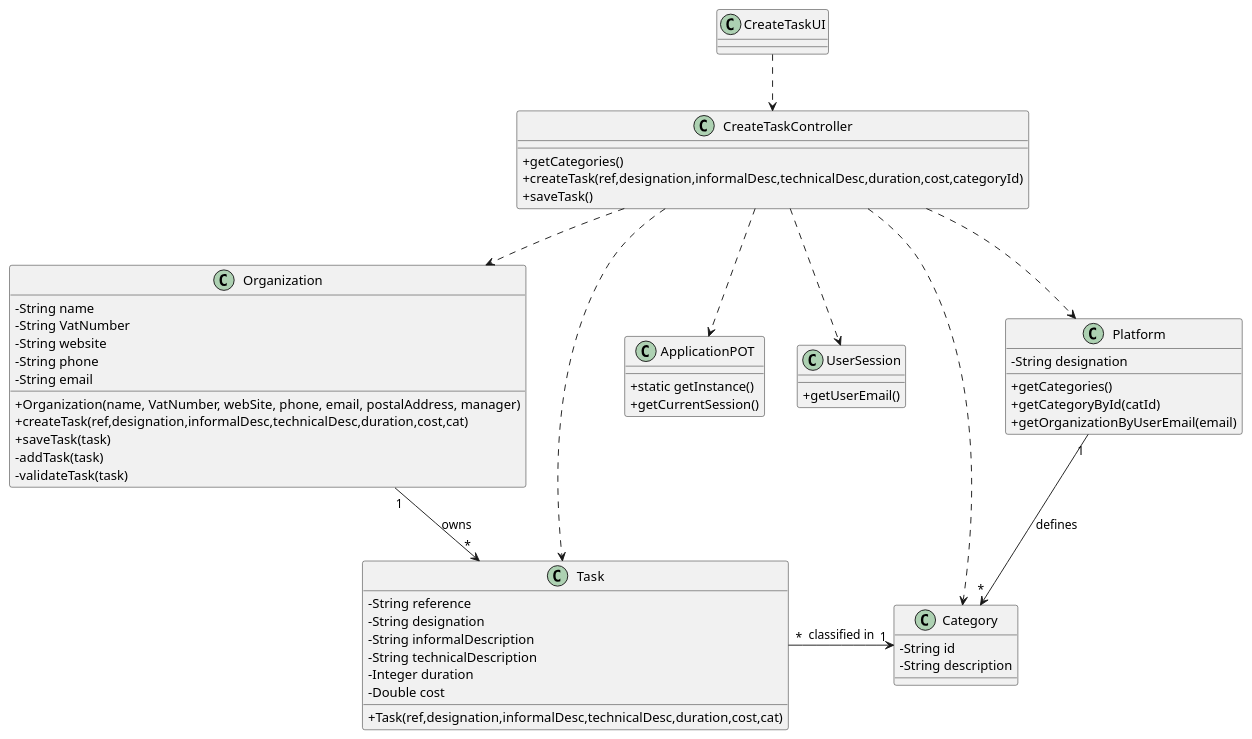
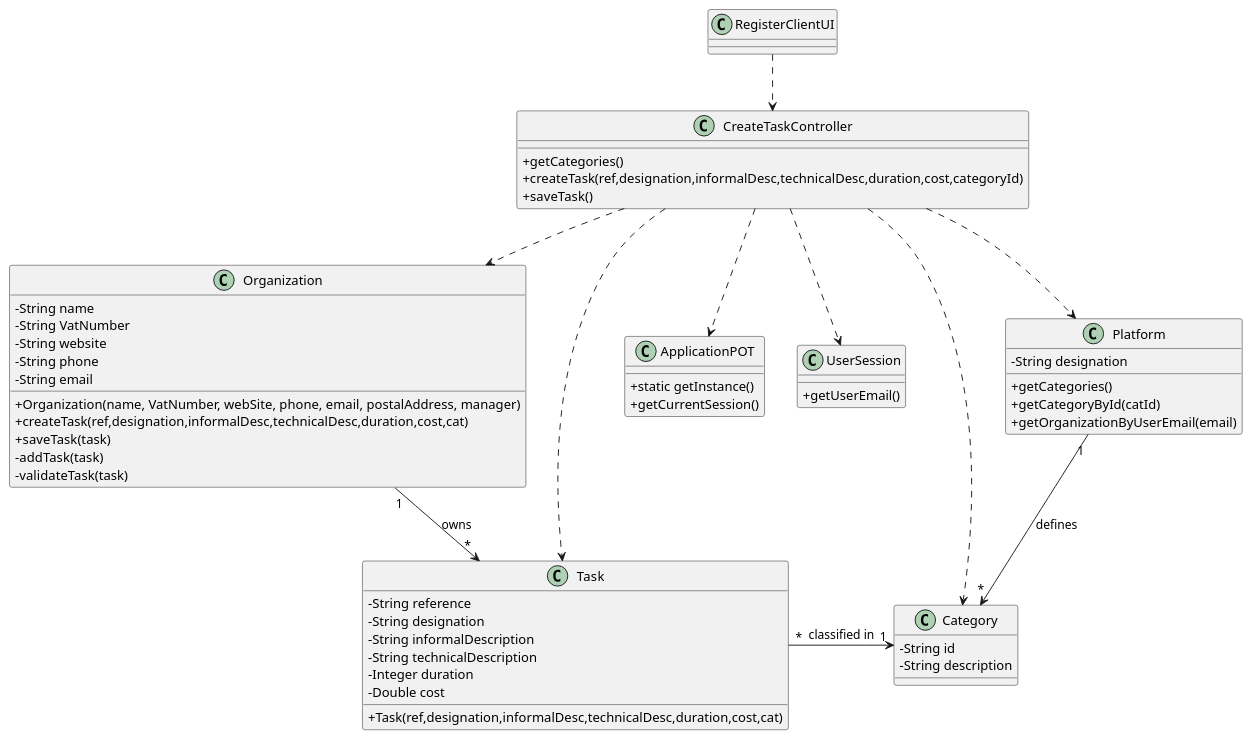
Before and after one commit to manu-07-ela/LAPR2_ISEP: the diagram in docs/SprintB/US03/US3_CD.puml, drawn with PlantUML. The commit also changed 1 other file, not shown here.

```diff
--- a/docs/SprintB/US03/US3_CD.puml
+++ b/docs/SprintB/US03/US3_CD.puml
@@ -1,72 +1,72 @@
 @startuml
 skinparam classAttributeIconSize 0
 
 class ApplicationPOT
 {
   +static getInstance()
   +getCurrentSession()
 }
 
 class UserSession
 {
   +getUserEmail()
 }
 
 class Task {
   -String reference
   -String designation
   -String informalDescription
   -String technicalDescription
   -Integer duration
   -Double cost
   +Task(ref,designation,informalDesc,technicalDesc,duration,cost,cat)
 }
 
 class Category {
   -String id
   -String description
 }
 
 class Organization {
   -String name
   -String VatNumber
   -String website
   -String phone
   -String email
   +Organization(name, VatNumber, webSite, phone, email, postalAddress, manager)
   +createTask(ref,designation,informalDesc,technicalDesc,duration,cost,cat)
   +saveTask(task)
   -addTask(task)
   -validateTask(task)
 }
 
 class Platform {
   -String designation
   +getCategories()
   +getCategoryById(catId)
   +getOrganizationByUserEmail(email)
 }
 
 class CreateTaskController {
   +getCategories()
   +createTask(ref,designation,informalDesc,technicalDesc,duration,cost,categoryId)
   +saveTask()
 }
 
-class CreateTaskUI {
+class RegisterClientUI {
 
 }
 
-CreateTaskUI ..> CreateTaskController
+RegisterClientUI ..> CreateTaskController
 CreateTaskController ..> Platform
 CreateTaskController ..> Category
 CreateTaskController ..> Task
 CreateTaskController ..> Organization
 CreateTaskController ..> ApplicationPOT
 CreateTaskController ..> UserSession
 Task "*" -> "1" Category : classified in
 Platform "1" --> "*" Category : defines
 Organization "1" --> "*" Task : owns
 
 
 @enduml
```
